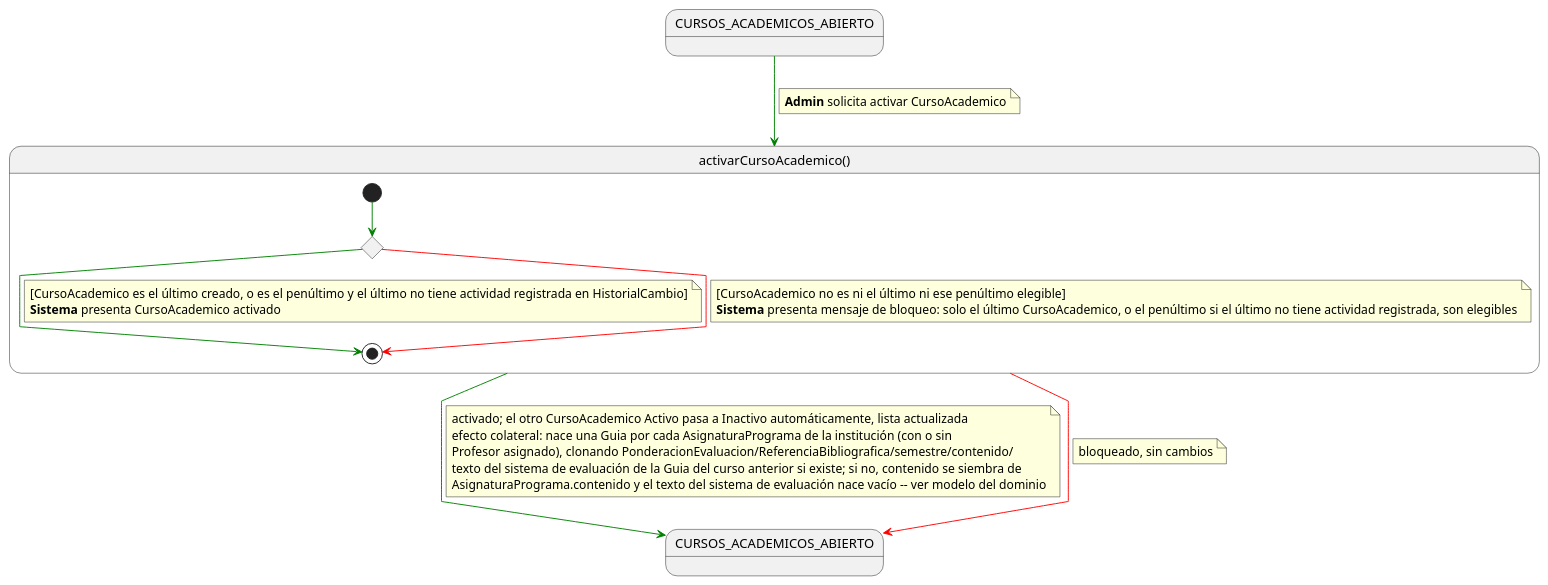
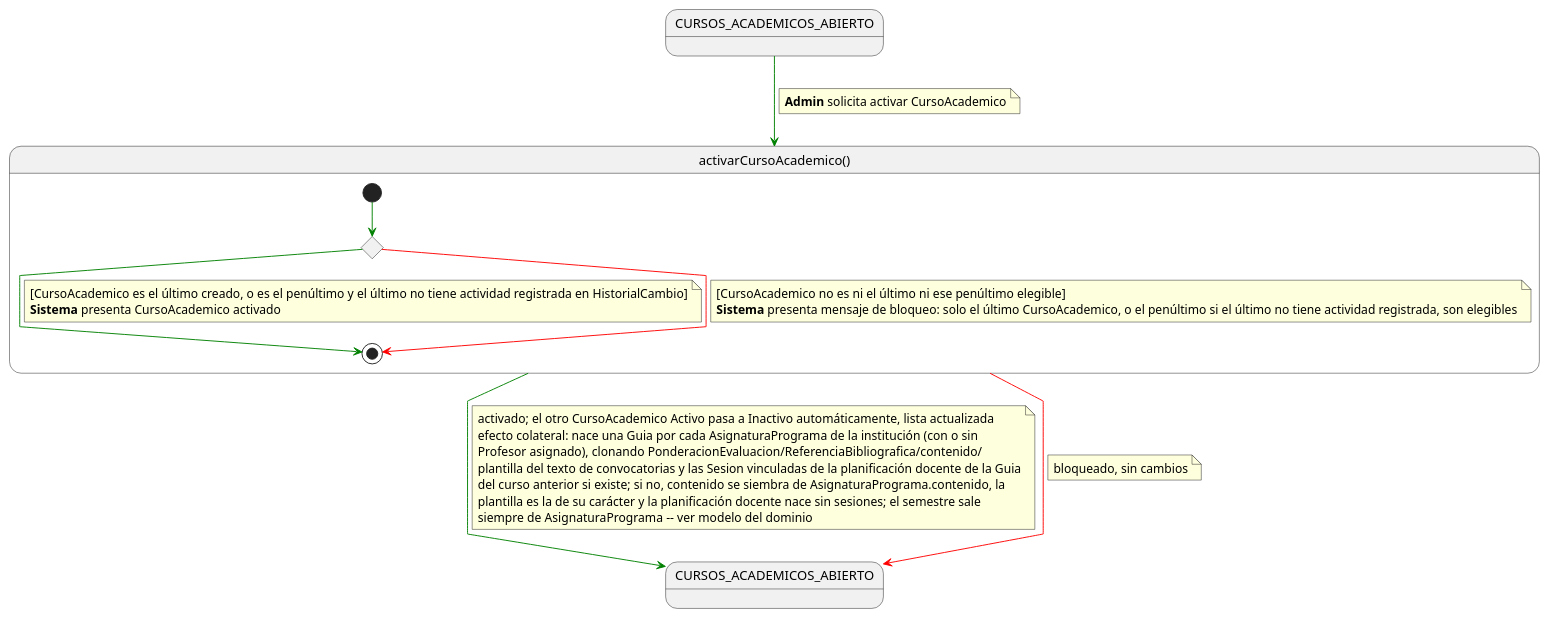
One commit to mmasias/pyCeldaPublico changed the diagram in RUP/01-requisitos/03-detalle-casos-uso/activarCursoAcademico/especificacion.puml. Above: the diagram before and after it, drawn with PlantUML. The commit also changed 55 other files, not shown here.

Commit message:
docs: sincroniza el subconjunto público con pyCelda 8198361f (mínimo de sesiones en la AsignaturaPrograma, esquema 7, descripción de sesión multilínea, v0.11.49)

```diff
--- a/RUP/01-requisitos/03-detalle-casos-uso/activarCursoAcademico/especificacion.puml
+++ b/RUP/01-requisitos/03-detalle-casos-uso/activarCursoAcademico/especificacion.puml
@@ -1,49 +1,51 @@
 @startuml activarCursoAcademico
 
 skinparam linetype polyline
 
 state CURSOS_ACADEMICOS_ABIERTO
 state CURSOS_ACADEMICOS_ABIERTOS_SALIDA as "CURSOS_ACADEMICOS_ABIERTO"
 
 CURSOS_ACADEMICOS_ABIERTO -[#green]-> activarCursoAcademico
 note on link
 <b>Admin</b> solicita activar CursoAcademico
 end note
 
 ' No implementado en código -- caso de uso solo de la fase de Requisitos.
 ' Mismo régimen que Requisito/CursoAcademico en el modelo del dominio:
 ' representación correcta, pendiente de construir.
 state activarCursoAcademico as "activarCursoAcademico()" {
 
     state c <<choice>>
 
     [*] -[#green]-> c
 
     c -[#green]-> [*]
     note on link
     [CursoAcademico es el último creado, o es el penúltimo y el último no tiene actividad registrada en HistorialCambio]
     <b>Sistema</b> presenta CursoAcademico activado
     end note
 
     c -[#red]-> [*]
     note on link
     [CursoAcademico no es ni el último ni ese penúltimo elegible]
     <b>Sistema</b> presenta mensaje de bloqueo: solo el último CursoAcademico, o el penúltimo si el último no tiene actividad registrada, son elegibles
     end note
 }
 
 activarCursoAcademico -[#green]-> CURSOS_ACADEMICOS_ABIERTOS_SALIDA
 note on link
 activado; el otro CursoAcademico Activo pasa a Inactivo automáticamente, lista actualizada
 efecto colateral: nace una Guia por cada AsignaturaPrograma de la institución (con o sin
-Profesor asignado), clonando PonderacionEvaluacion/ReferenciaBibliografica/semestre/contenido/
-texto del sistema de evaluación de la Guia del curso anterior si existe; si no, contenido se siembra de
-AsignaturaPrograma.contenido y el texto del sistema de evaluación nace vacío -- ver modelo del dominio
+Profesor asignado), clonando PonderacionEvaluacion/ReferenciaBibliografica/contenido/
+plantilla del texto de convocatorias y las Sesion vinculadas de la planificación docente de la Guia
+del curso anterior si existe; si no, contenido se siembra de AsignaturaPrograma.contenido, la
+plantilla es la de su carácter y la planificación docente nace sin sesiones; el semestre sale
+siempre de AsignaturaPrograma -- ver modelo del dominio
 end note
 
 activarCursoAcademico -[#red]-> CURSOS_ACADEMICOS_ABIERTOS_SALIDA
 note on link
 bloqueado, sin cambios
 end note
 
 @enduml
```
